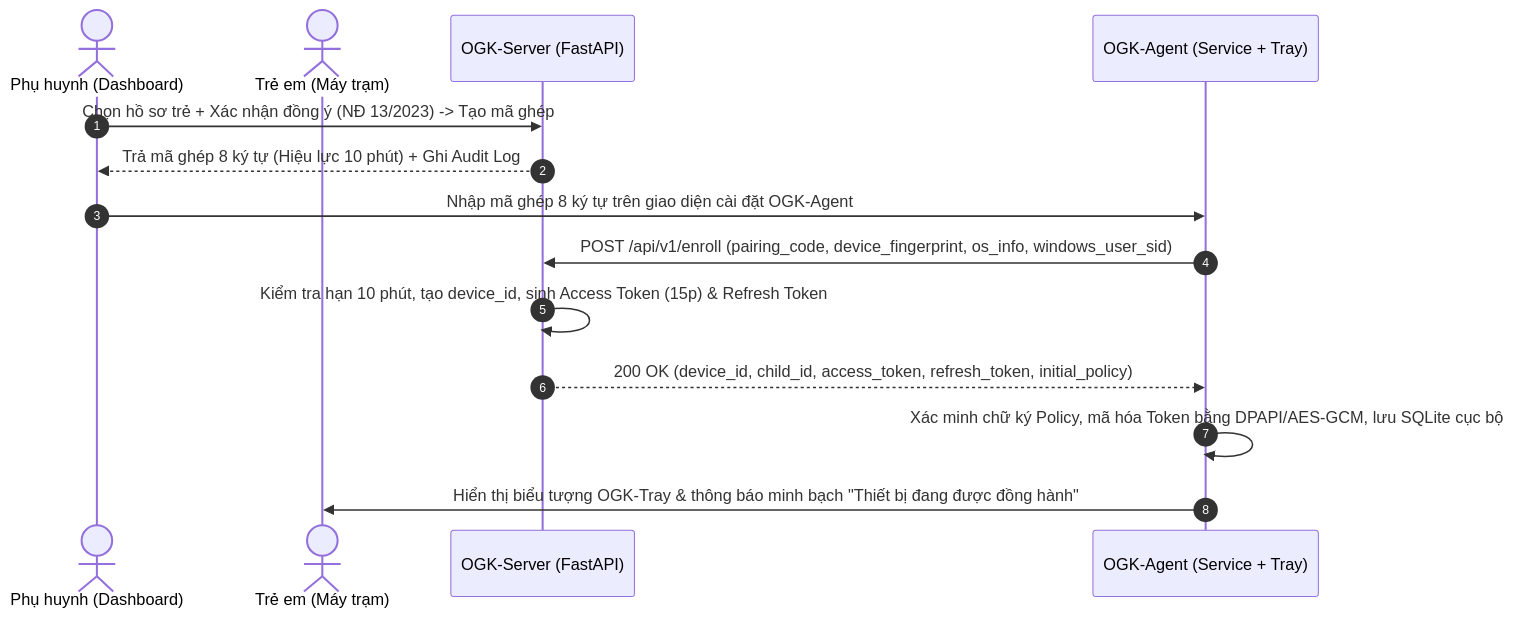
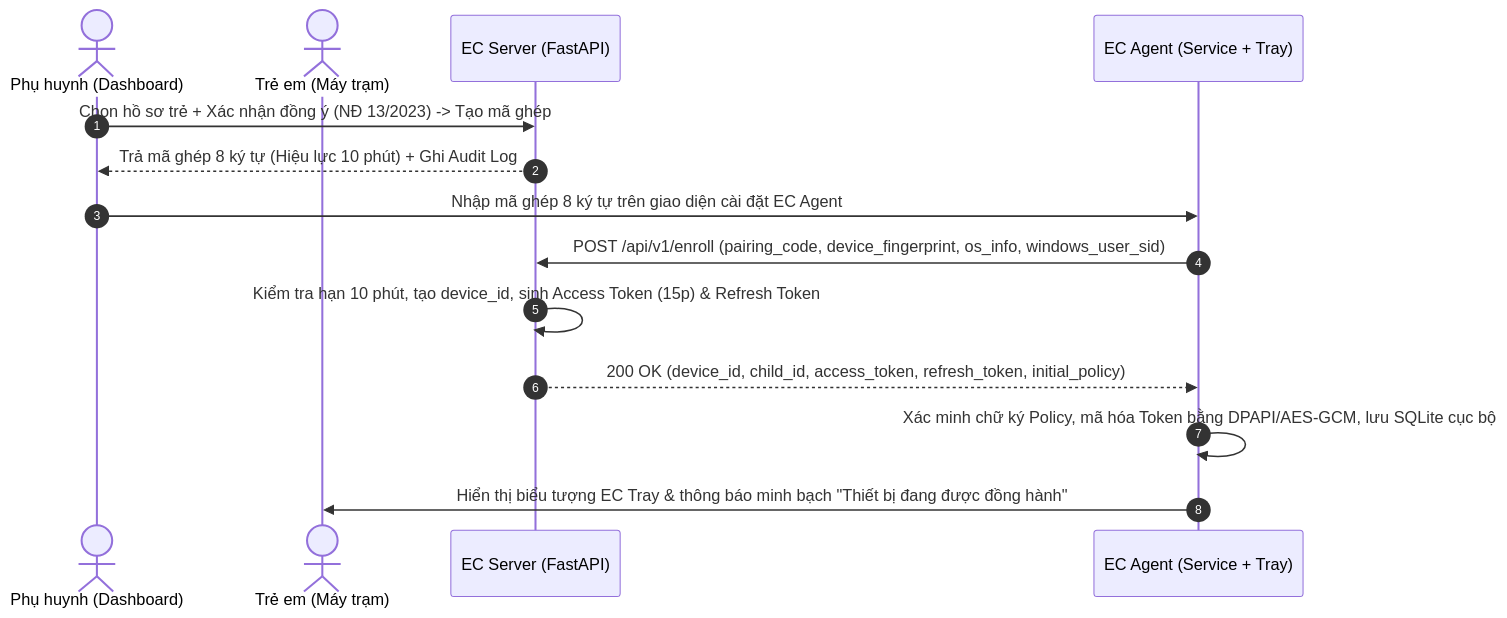
Before and after one commit to sanhkhoa57/Echo-Kiddo: the second of 5 diagrams in docs/architecture.md, drawn with Mermaid. The commit also changed other lines of this file and 59 other files, not shown here.

````diff
--- a/docs/architecture.md
+++ b/docs/architecture.md
@@ -170,17 +170,17 @@
 ```mermaid
 sequenceDiagram
     autonumber
     actor Parent as Phụ huynh (Dashboard)
     actor Child as Trẻ em (Máy trạm)
-    participant Server as OGK-Server (FastAPI)
-    participant Agent as OGK-Agent (Service + Tray)
+    participant Server as EC Server (FastAPI)
+    participant Agent as EC Agent (Service + Tray)
 
     Parent->>Server: Chọn hồ sơ trẻ + Xác nhận đồng ý (NĐ 13/2023) -> Tạo mã ghép
     Server-->>Parent: Trả mã ghép 8 ký tự (Hiệu lực 10 phút) + Ghi Audit Log
-    Parent->>Agent: Nhập mã ghép 8 ký tự trên giao diện cài đặt OGK-Agent
+    Parent->>Agent: Nhập mã ghép 8 ký tự trên giao diện cài đặt EC Agent
     Agent->>Server: POST /api/v1/enroll (pairing_code, device_fingerprint, os_info, windows_user_sid)
     Server->>Server: Kiểm tra hạn 10 phút, tạo device_id, sinh Access Token (15p) & Refresh Token
     Server-->>Agent: 200 OK (device_id, child_id, access_token, refresh_token, initial_policy)
     Agent->>Agent: Xác minh chữ ký Policy, mã hóa Token bằng DPAPI/AES-GCM, lưu SQLite cục bộ
-    Agent->>Child: Hiển thị biểu tượng OGK-Tray & thông báo minh bạch "Thiết bị đang được đồng hành"
+    Agent->>Child: Hiển thị biểu tượng EC Tray & thông báo minh bạch "Thiết bị đang được đồng hành"
 ```
````
